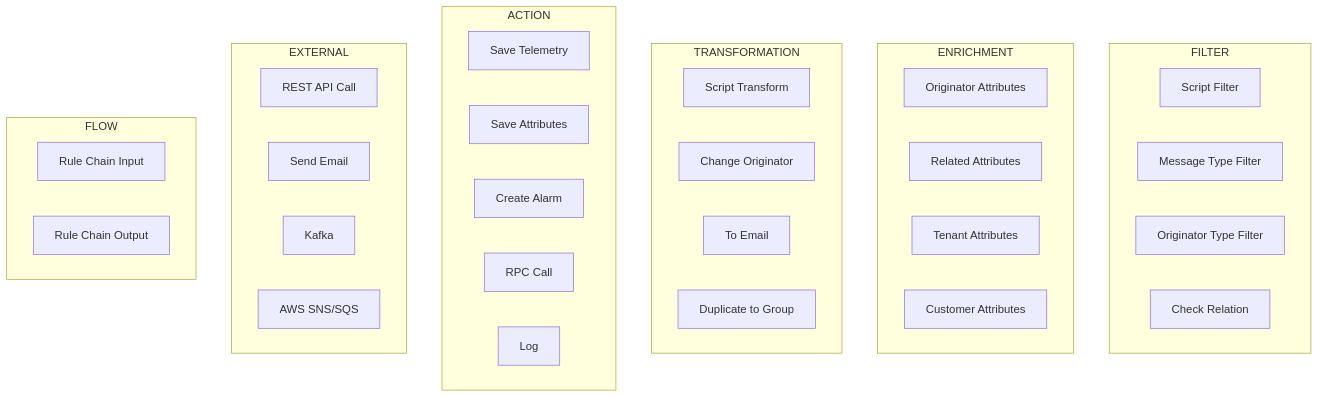
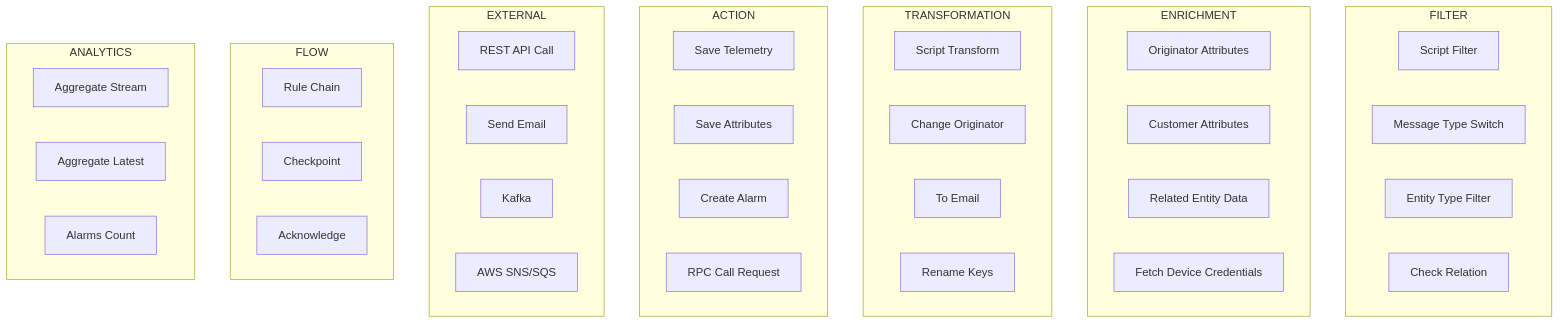
One commit to vx-daniel/tb-docs-project changed the fifth of 10 diagrams in docs/04-rule-engine/README.md. Above: the diagram before and after it, drawn with Mermaid. The commit also changed other lines of this file and 37 other files, not shown here.

````diff
--- a/docs/04-rule-engine/README.md
+++ b/docs/04-rule-engine/README.md
@@ -184,43 +164,49 @@
 ```mermaid
 graph TB
     subgraph "FILTER"
         F1[Script Filter]
-        F2[Message Type Filter]
-        F3[Originator Type Filter]
+        F2[Message Type Switch]
+        F3[Entity Type Filter]
         F4[Check Relation]
     end
 
     subgraph "ENRICHMENT"
         E1[Originator Attributes]
-        E2[Related Attributes]
-        E3[Tenant Attributes]
-        E4[Customer Attributes]
+        E2[Customer Attributes]
+        E3[Related Entity Data]
+        E4[Fetch Device Credentials]
     end
 
     subgraph "TRANSFORMATION"
         T1[Script Transform]
         T2[Change Originator]
         T3[To Email]
-        T4[Duplicate to Group]
+        T4[Rename Keys]
     end
 
     subgraph "ACTION"
         A1[Save Telemetry]
         A2[Save Attributes]
         A3[Create Alarm]
-        A4[RPC Call]
-        A5[Log]
+        A4[RPC Call Request]
     end
 
     subgraph "EXTERNAL"
         X1[REST API Call]
         X2[Send Email]
         X3[Kafka]
         X4[AWS SNS/SQS]
     end
 
     subgraph "FLOW"
-        FL1[Rule Chain Input]
-        FL2[Rule Chain Output]
+        FL1[Rule Chain]
+        FL2[Checkpoint]
+        FL3[Acknowledge]
+    end
+
+    subgraph "ANALYTICS"
+        AN1[Aggregate Stream]
+        AN2[Aggregate Latest]
+        AN3[Alarms Count]
     end
 ```
````
